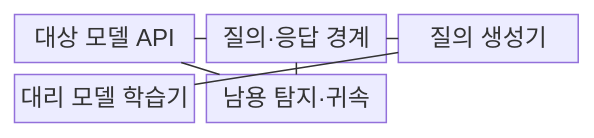
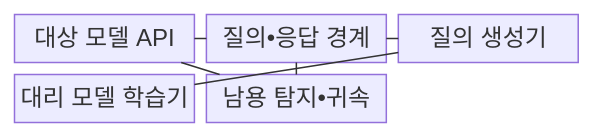
One commit to agnusdei1207/knowledge-base changed the first of 2 diagrams in src/content/docs/notes/05-security/083_model_extraction_attack.md. Above: the diagram before and after it, drawn with Mermaid. The commit also changed other lines of this file and 953 other files, not shown here.

````diff
--- a/src/content/docs/notes/05-security/083_model_extraction_attack.md
+++ b/src/content/docs/notes/05-security/083_model_extraction_attack.md
@@ -63,14 +63,14 @@
 ```mermaid
 block-beta
   columns 3
   A["대상 모델 API"]
-  B["질의·응답 경계"]
+  B["질의•응답 경계"]
   C["질의 생성기"]
   D["대리 모델 학습기"]
-  E["남용 탐지·귀속"]
+  E["남용 탐지•귀속"]
   A --- B
   B --- C
   C --- D
   B --- E
   A --- E
 ```
````
